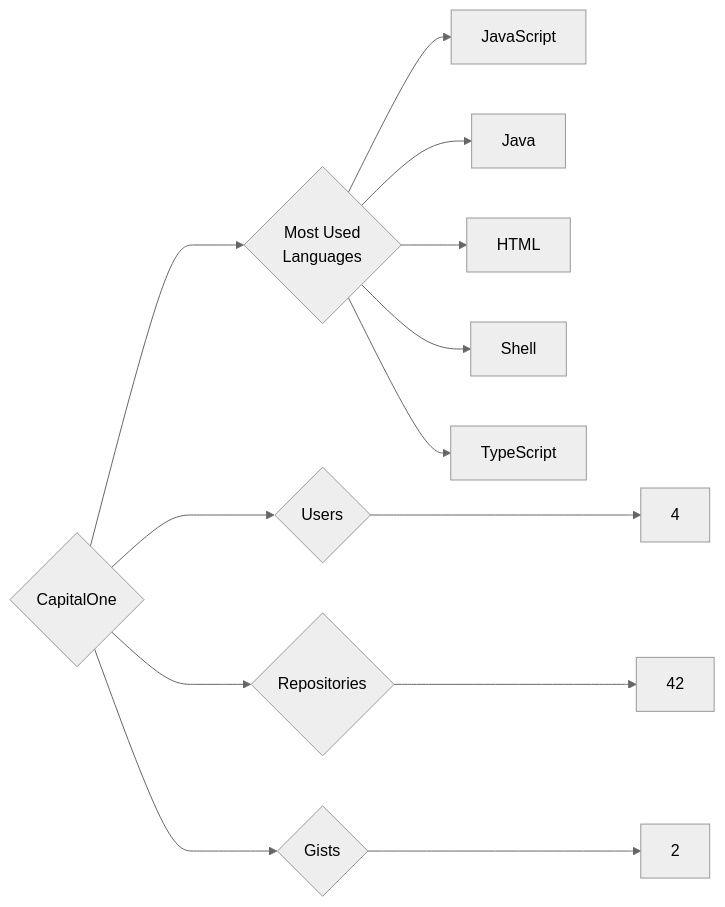
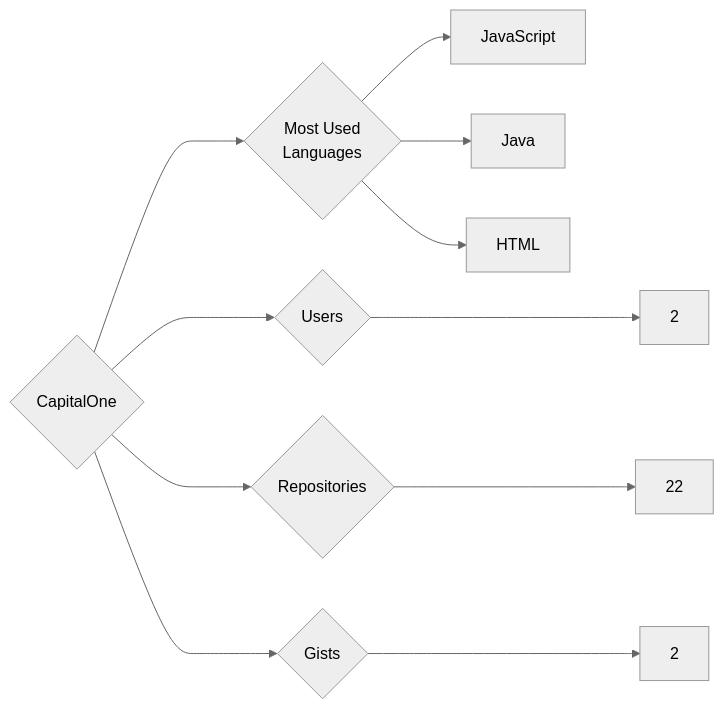
The diagram in targets/CapitalOne/README.md (trickest/insiders), drawn with Mermaid (neutral theme) before and after one commit. The commit also changed 1089 other files, not shown here.

````diff
--- a/targets/CapitalOne/README.md
+++ b/targets/CapitalOne/README.md
@@ -3,13 +3,11 @@
 ```mermaid
 graph LR
 COMPANY_NAME{CapitalOne}
-COMPANY_NAME ---> U{Users} ---> UN[4]
-COMPANY_NAME ---> R{Repositories} ---> RN[42]
+COMPANY_NAME ---> U{Users} ---> UN[2]
+COMPANY_NAME ---> R{Repositories} ---> RN[22]
 COMPANY_NAME ---> G{Gists} ---> GN[2]
 COMPANY_NAME ---> ML{Most Used<br>Languages}
 ML --> JavaScript[JavaScript]
 ML --> Java[Java]
 ML --> HTML[HTML]
-ML --> Shell[Shell]
-ML --> TypeScript[TypeScript]
 ```
````
